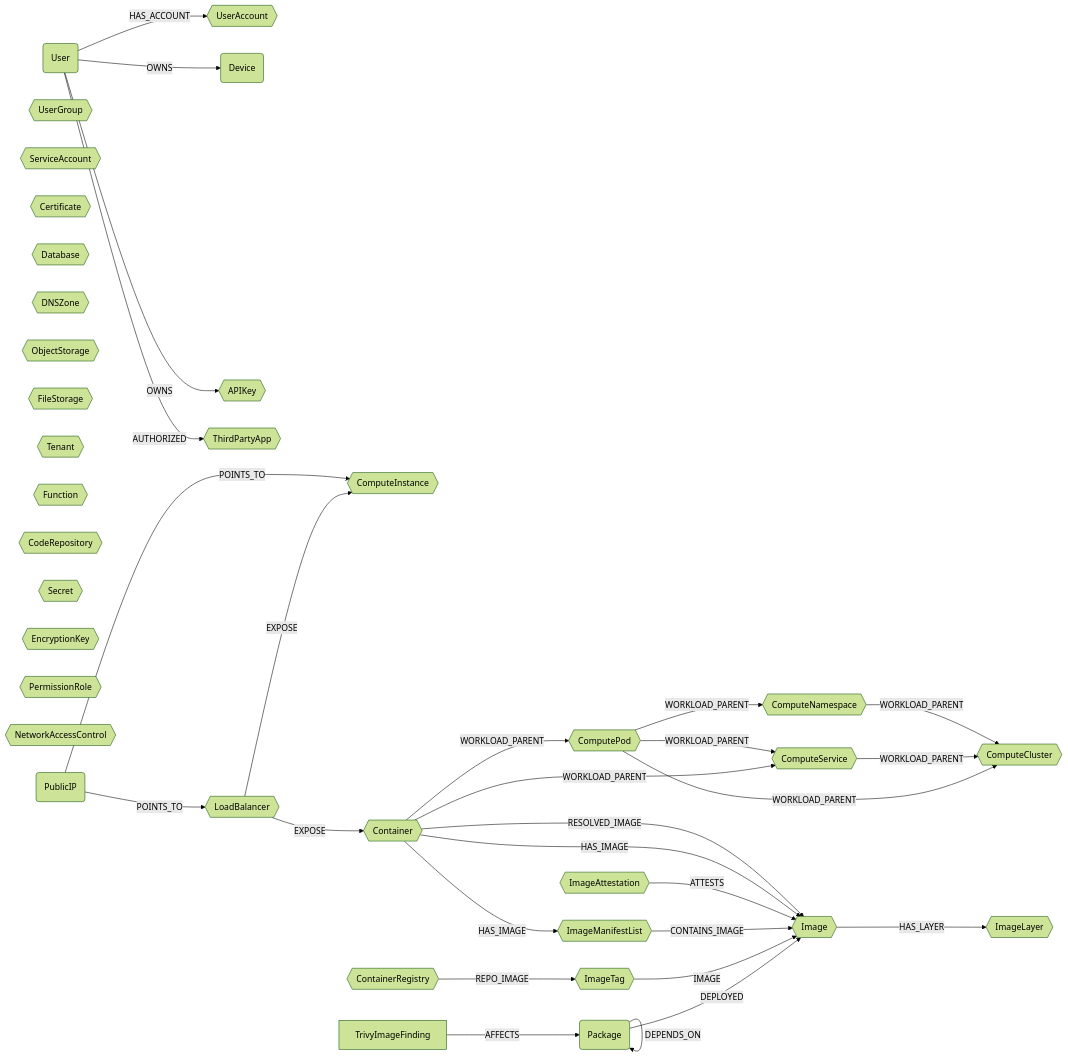
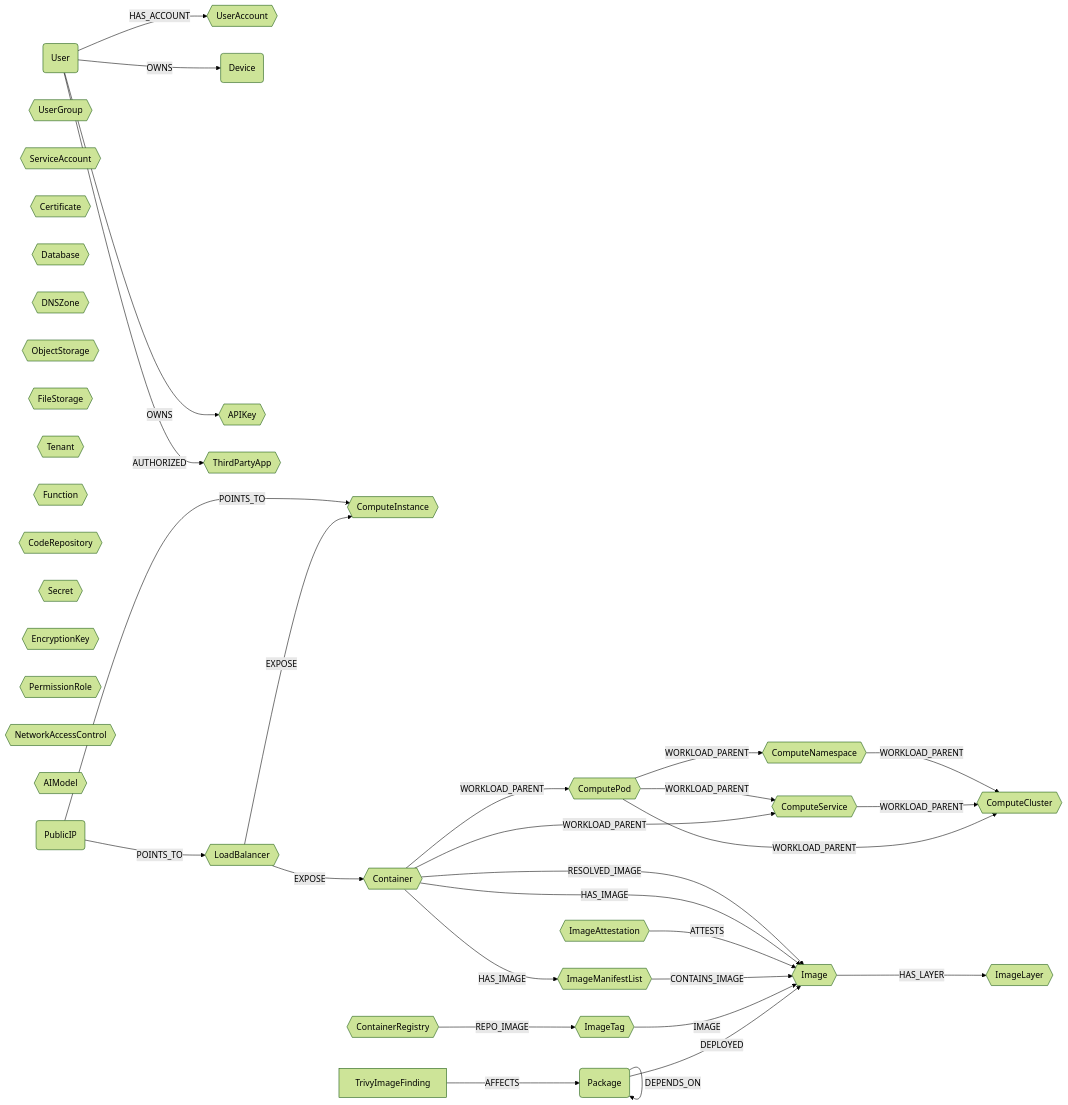
The diagram in docs/root/modules/ontology/schema.md (sec-js/cartography), drawn with Mermaid (forest theme) before and after one commit. The commit also changed other lines of this file and 12 other files, not shown here.

````diff
--- a/docs/root/modules/ontology/schema.md
+++ b/docs/root/modules/ontology/schema.md
@@ -6,48 +6,49 @@
 ```mermaid
 graph LR
 
 U(User) -- HAS_ACCOUNT --> UA{{UserAccount}}
 U -- OWNS --> CC(Device)
 U -- OWNS --> AK{{APIKey}}
 U -- AUTHORIZED --> OA{{ThirdPartyApp}}
 UG{{UserGroup}}
 SA{{ServiceAccount}}
 CERT{{Certificate}}
 LB{{LoadBalancer}} -- EXPOSE --> CI{{ComputeInstance}}
 LB{{LoadBalancer}} -- EXPOSE --> CT{{Container}}
 CL{{ComputeCluster}}
 CS{{ComputeService}}
 CNS{{ComputeNamespace}}
 CP{{ComputePod}}
 CT -- WORKLOAD_PARENT --> CP
 CT -- WORKLOAD_PARENT --> CS
 CP -- WORKLOAD_PARENT --> CS
 CP -- WORKLOAD_PARENT --> CNS
 CP -- WORKLOAD_PARENT --> CL
 CS -- WORKLOAD_PARENT --> CL
 CNS -- WORKLOAD_PARENT --> CL
 DB{{Database}}
 DZ{{DNSZone}}
 OS{{ObjectStorage}}
 FS{{FileStorage}}
 TN{{Tenant}}
 FN{{Function}}
 REPO{{CodeRepository}}
 SC{{Secret}}
 EK{{EncryptionKey}}
 PR{{PermissionRole}}
 NAC{{NetworkAccessControl}}
+AIM{{AIModel}}
 PIP(PublicIP) -- POINTS_TO --> LB
 PIP -- POINTS_TO --> CI
 PKG(Package) -- DEPLOYED --> IM{{Image}}
 PKG -- DEPENDS_ON --> PKG
 F[TrivyImageFinding] -- AFFECTS --> PKG
 CR{{ContainerRegistry}} -- REPO_IMAGE --> IT{{ImageTag}}
 IT -- IMAGE --> IM
 IML{{ImageManifestList}} -- CONTAINS_IMAGE --> IM
 IA{{ImageAttestation}} -- ATTESTS --> IM
 IM -- HAS_LAYER --> IL{{ImageLayer}}
 CT -- HAS_IMAGE --> IM
 CT -- HAS_IMAGE --> IML
 CT -- RESOLVED_IMAGE --> IM
 ```
````
